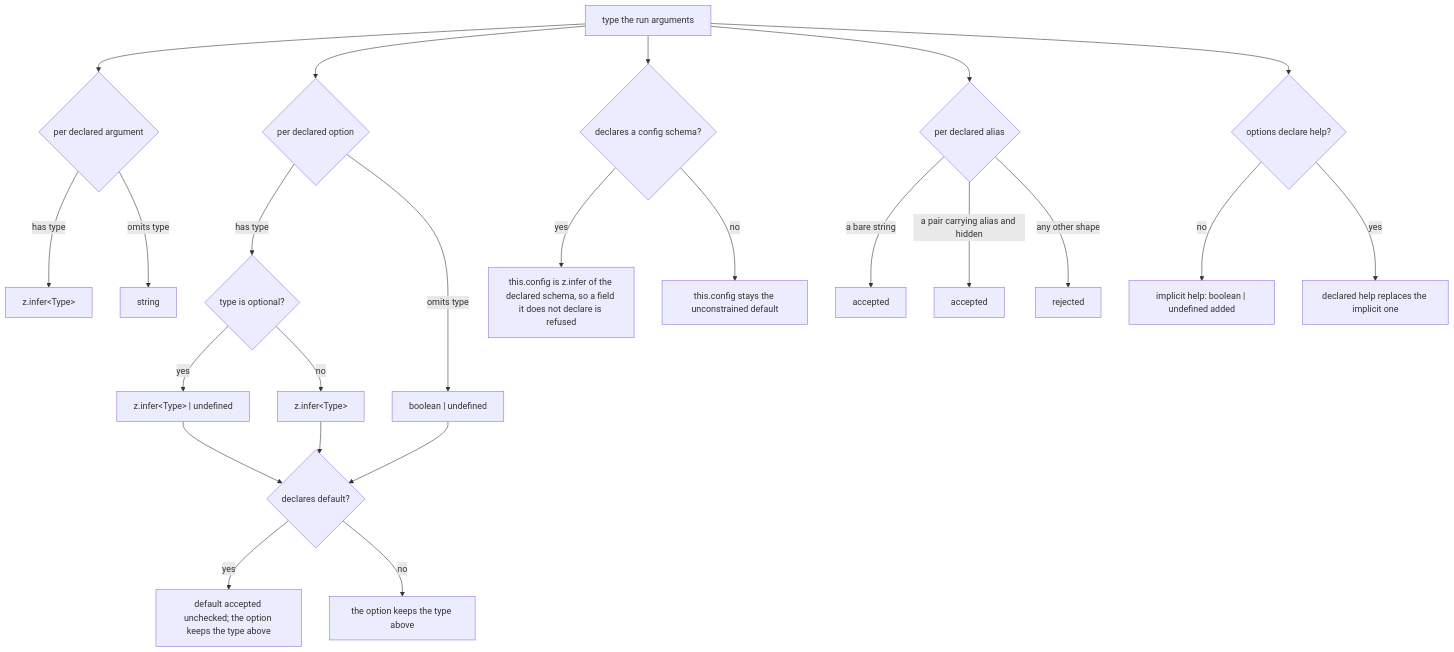
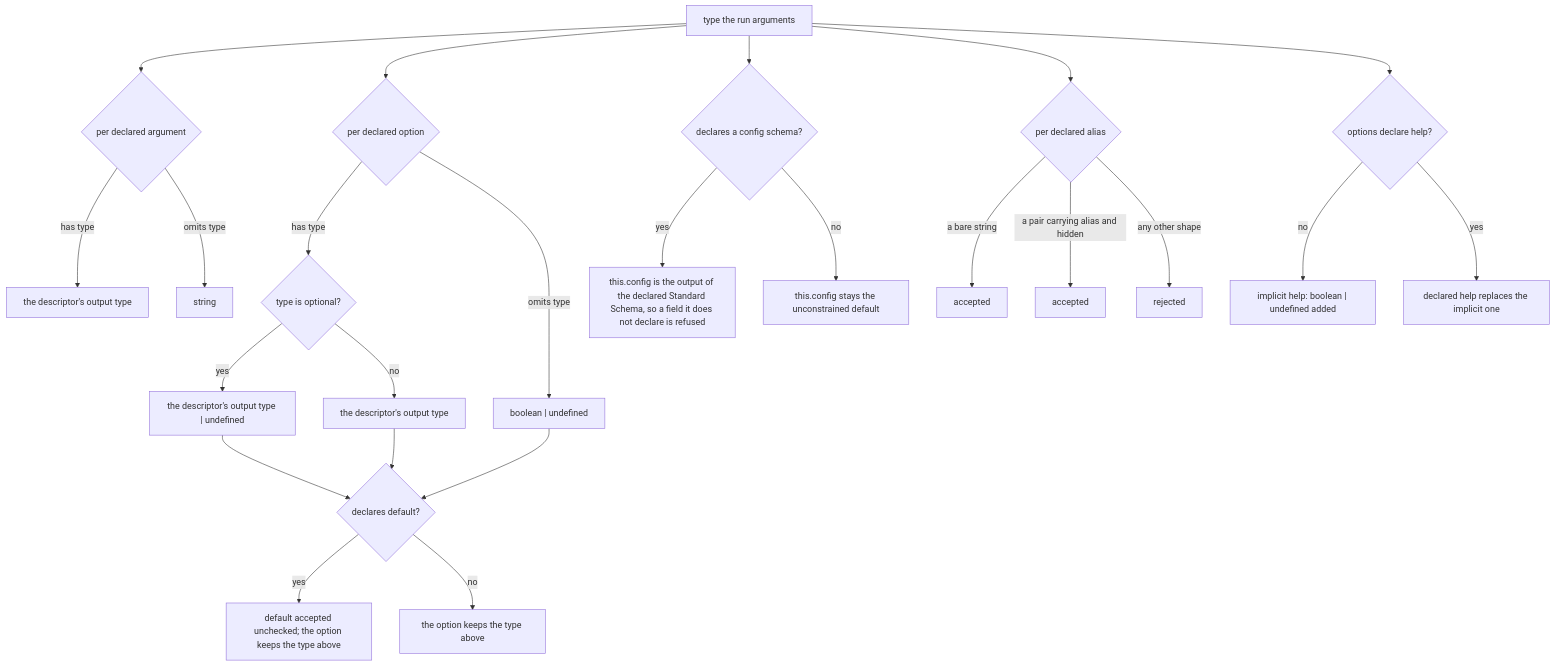
One commit to clibuilder/clibuilder changed the second of 4 diagrams in packages/clibuilder/.agents/spec/command-definition/README.md. Above: the diagram before and after it, drawn with Mermaid. The commit also changed other lines of this file and 80 other files, not shown here.

First line of the commit message:
feat(clibuilder)!: remove zod; t is the only option type, config is any Standard Schema (#684)

````diff
--- a/packages/clibuilder/.agents/spec/command-definition/README.md
+++ b/packages/clibuilder/.agents/spec/command-definition/README.md
@@ -180,26 +180,26 @@
 ```mermaid
 graph TD
   ARGS[type the run arguments] --> A{per declared argument}
-  A -- has type --> A1["z.infer&lt;Type&gt;"]
+  A -- has type --> A1["the descriptor's output type"]
   A -- omits type --> A2[string]
   ARGS --> O{per declared option}
   O -- has type --> O1{"type is optional?"}
-  O1 -- yes --> O1a["z.infer&lt;Type&gt; | undefined"]
-  O1 -- no --> O1b["z.infer&lt;Type&gt;"]
+  O1 -- yes --> O1a["the descriptor's output type | undefined"]
+  O1 -- no --> O1b["the descriptor's output type"]
   O -- omits type --> O2["boolean | undefined"]
   O1a --> DF{declares default?}
   O1b --> DF
   O2 --> DF
   DF -- yes --> DF1["default accepted unchecked; the option keeps the type above"]
   DF -- no --> DF2["the option keeps the type above"]
   ARGS --> CFG{declares a config schema?}
-  CFG -- yes --> CFY["this.config is z.infer of the declared schema, so a field it does not declare is refused"]
+  CFG -- yes --> CFY["this.config is the output of the declared Standard Schema, so a field it does not declare is refused"]
   CFG -- no --> CFN["this.config stays the unconstrained default"]
   ARGS --> ALI{per declared alias}
   ALI -- "a bare string" --> ALS[accepted]
   ALI -- "a pair carrying alias and hidden" --> ALP[accepted]
   ALI -- "any other shape" --> ALX[rejected]
   ARGS --> H{options declare help?}
   H -- no --> H1["implicit help: boolean | undefined added"]
   H -- yes --> H2[declared help replaces the implicit one]
 ```
````
